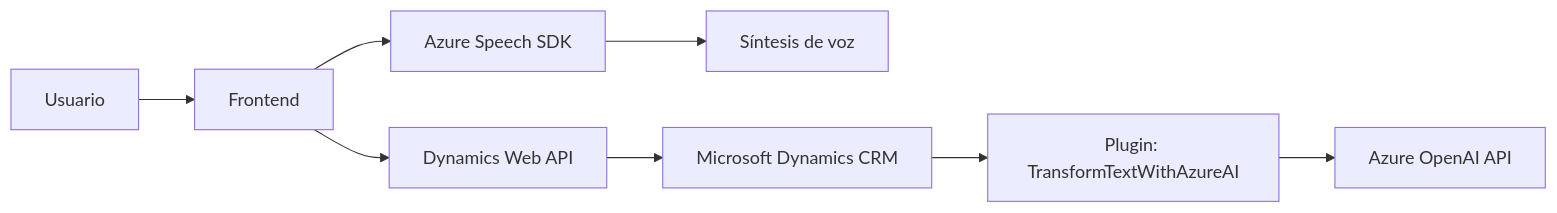
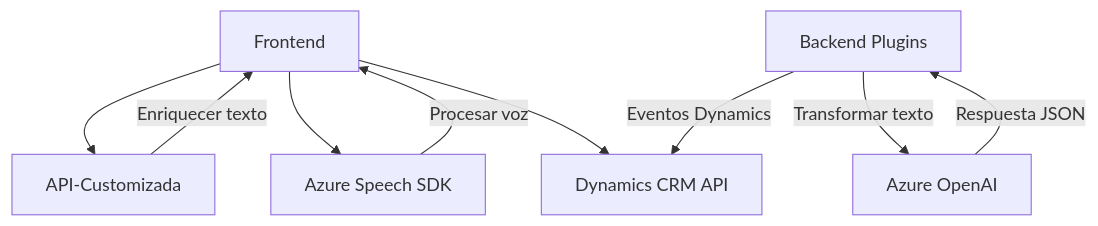
One commit to blopezdm/NETCORE_BILBAO2025 changed the diagram in README.md. Above: the diagram before and after it, drawn with Mermaid. The commit also changed other lines of this file, not shown here.

````diff
--- a/README.md
+++ b/README.md
@@ -28,10 +45,18 @@
 ```mermaid
-graph LR
-    A["Usuario"] --> B["Frontend"]
-    B --> C["Azure Speech SDK"]
-    B --> D["Dynamics Web API"]
-    C --> F["Síntesis de voz"]
-    D --> E["Microsoft Dynamics CRM"]
-    E --> G["Plugin: TransformTextWithAzureAI"]
-    G --> H["Azure OpenAI API"]
+graph TD
+    A["Frontend"]
+    B["Backend Plugins"]
+    C["Dynamics CRM API"]
+    D["Azure Speech SDK"]
+    E["Azure OpenAI"]
+    F["API-Customizada"]
+
+    A --> D
+    A --> C
+    A --> F
+    D -->|Procesar voz| A
+    B -->|Transformar texto| E
+    B -->|Eventos Dynamics| C
+    F -->|Enriquecer texto| A
+    E -->|Respuesta JSON| B
 ```
````
